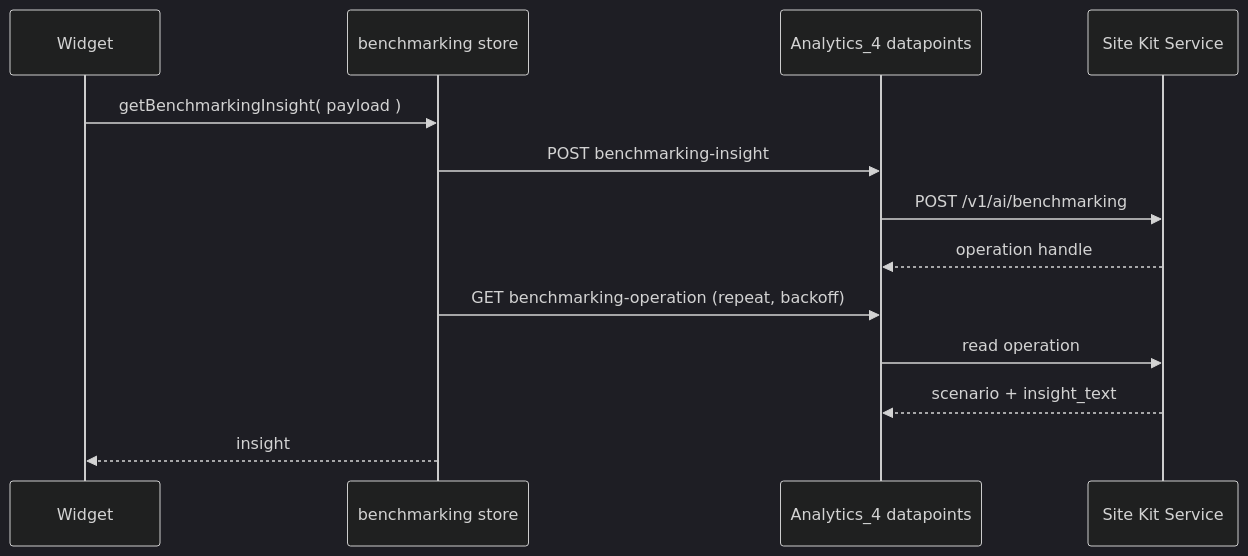
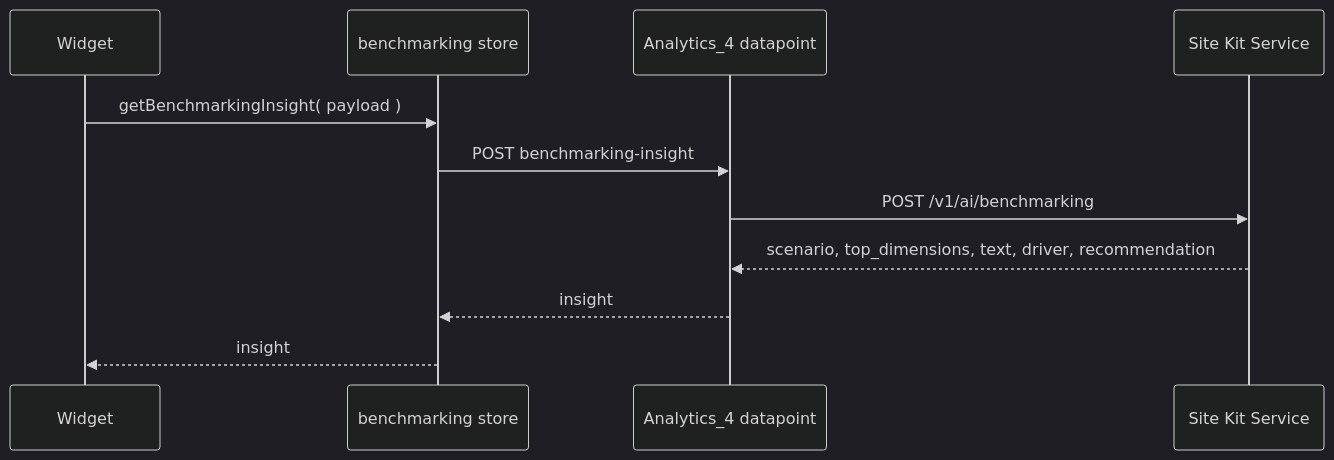
Before and after one commit to google/site-kit-wp: the first of 2 diagrams in docs/epics/performance-benchmarking/design-doc.md, drawn with Mermaid (dark theme). The commit also changed other lines of this file, not shown here.

````diff
--- a/docs/epics/performance-benchmarking/design-doc.md
+++ b/docs/epics/performance-benchmarking/design-doc.md
@@ -74,15 +80,13 @@
 ```mermaid
 sequenceDiagram
     participant W as Widget
     participant S as benchmarking store
-    participant P as Analytics_4 datapoints
+    participant P as Analytics_4 datapoint
     participant X as Site Kit Service
     W->>S: getBenchmarkingInsight( payload )
     S->>P: POST benchmarking-insight
     P->>X: POST /v1/ai/benchmarking
-    X-->>P: operation handle
-    S->>P: GET benchmarking-operation (repeat, backoff)
-    P->>X: read operation
-    X-->>P: scenario + insight_text
+    X-->>P: scenario, top_dimensions, text, driver, recommendation
+    P-->>S: insight
     S-->>W: insight
 ```
````
